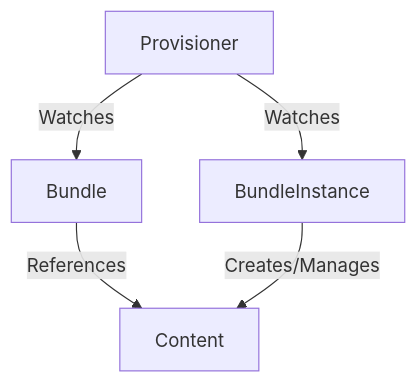
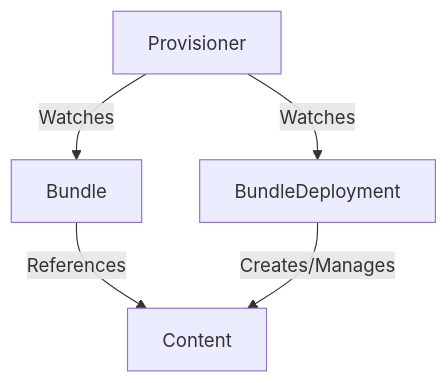
The diagram in internal/provisioner/README.md (operator-framework/rukpak), drawn with Mermaid before and after one commit. The commit also changed other lines of this file and 12 other files, not shown here.

Commit message:
docs: Update BundleInstance to BundleDeployment

````diff
--- a/internal/provisioner/README.md
+++ b/internal/provisioner/README.md
@@ -14,8 +14,8 @@
 ```mermaid
 graph TD
     C[Provisioner]
     C -->|Watches| D[Bundle]
-    C -->|Watches| E[BundleInstance]
+    C -->|Watches| E[BundleDeployment]
     D -->|References| F[Content]
     E -->|Creates/Manages| F[Content]
 ```
````
